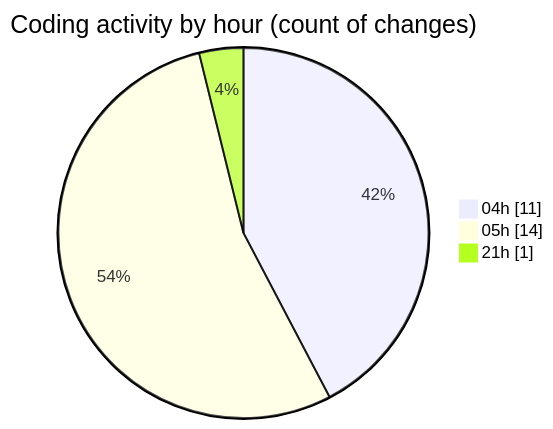
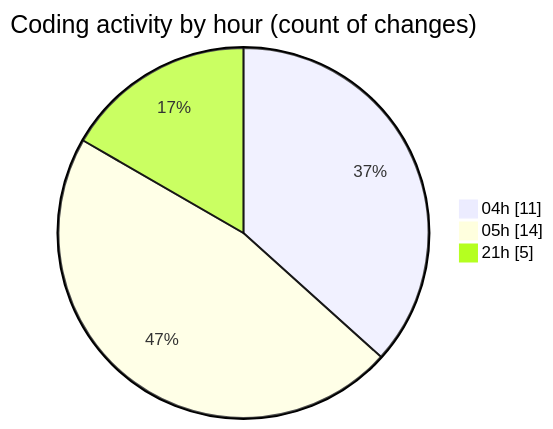
The second of 2 diagrams in 2025-03-27/autodidak/README.md (idhammustaqopulfikri/code-tracking), drawn with Mermaid before and after one commit. The commit also changed other lines of this file and 1 other file, not shown here.

````diff
--- a/2025-03-27/autodidak/README.md
+++ b/2025-03-27/autodidak/README.md
@@ -33,7 +35,7 @@
 ```mermaid
 pie showData
 title Coding activity by hour (count of changes)
 "04h" : 11
 "05h" : 14
-"21h" : 1
+"21h" : 5
 ```
````
